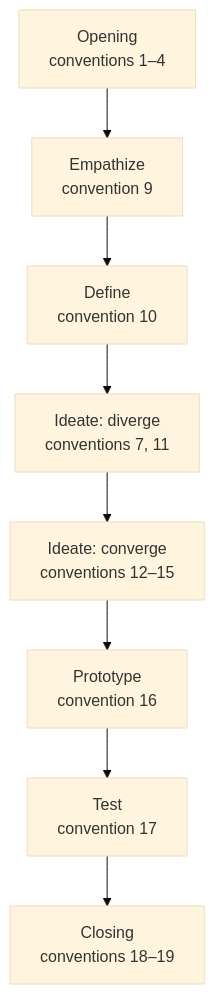
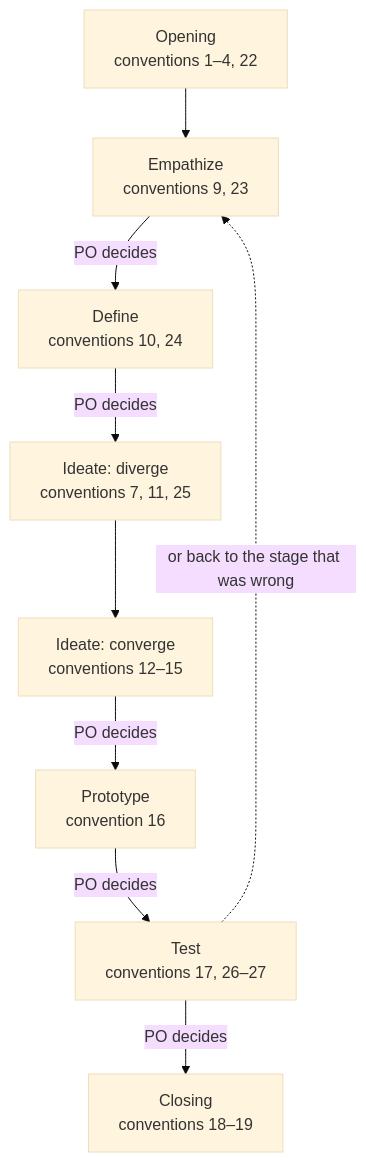
The diagram in plugins/ideo-scrum/skills/design-kernel/conventions/design-log.md (seapawn1/IDEO-Scrum), drawn with Mermaid (base theme) before and after one commit. The commit also changed other lines of this file and 3 other files, not shown here.

````diff
--- a/plugins/ideo-scrum/skills/design-kernel/conventions/design-log.md
+++ b/plugins/ideo-scrum/skills/design-kernel/conventions/design-log.md
@@ -7,10 +7,11 @@
 ```mermaid
 flowchart TD
-    A["Opening<br/>conventions 1–4"] --> B["Empathize<br/>convention 9"]
-    B --> C["Define<br/>convention 10"]
-    C --> D["Ideate: diverge<br/>conventions 7, 11"]
+    A["Opening<br/>conventions 1–4, 22"] --> B["Empathize<br/>conventions 9, 23"]
+    B -- "PO decides" --> C["Define<br/>conventions 10, 24"]
+    C -- "PO decides" --> D["Ideate: diverge<br/>conventions 7, 11, 25"]
     D --> E["Ideate: converge<br/>conventions 12–15"]
-    E --> F["Prototype<br/>convention 16"]
-    F --> G["Test<br/>convention 17"]
-    G --> H["Closing<br/>conventions 18–19"]
+    E -- "PO decides" --> F["Prototype<br/>convention 16"]
+    F -- "PO decides" --> G["Test<br/>conventions 17, 26–27"]
+    G -- "PO decides" --> H["Closing<br/>conventions 18–19"]
+    G -. "or back to the stage that was wrong" .-> B
 ```
````
